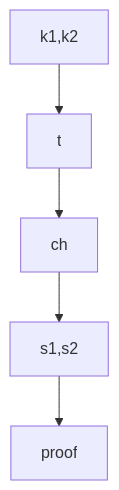
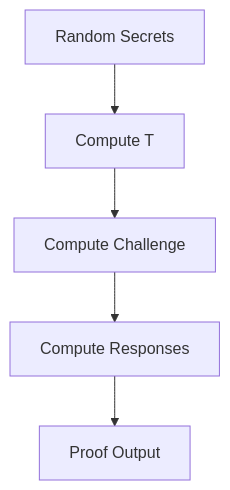
One commit to smshagor-dev/Next-Gen-Blockchain-for-Vehicle-Security changed the eighth of 33 diagrams in readme.md. Above: the diagram before and after it, drawn with Mermaid. The commit also changed other lines of this file and 5 other files, not shown here.

````diff
--- a/readme.md
+++ b/readme.md
@@ -464,7 +466,7 @@
 ```mermaid
 flowchart TD
-    A[k1,k2] --> B[t]
-    B --> C[ch]
-    C --> D[s1,s2]
-    D --> E[proof]
+    A[Random Secrets] --> B[Compute T]
+    B --> C[Compute Challenge]
+    C --> D[Compute Responses]
+    D --> E[Proof Output]
 ```
````
